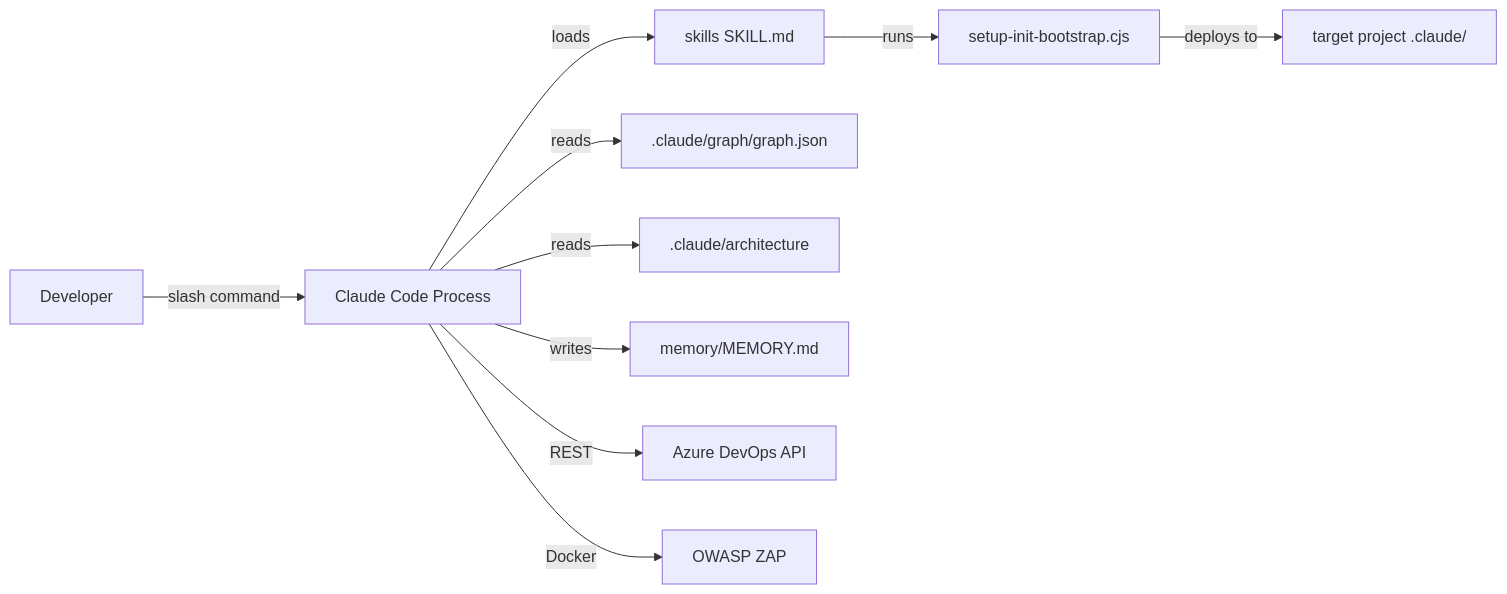
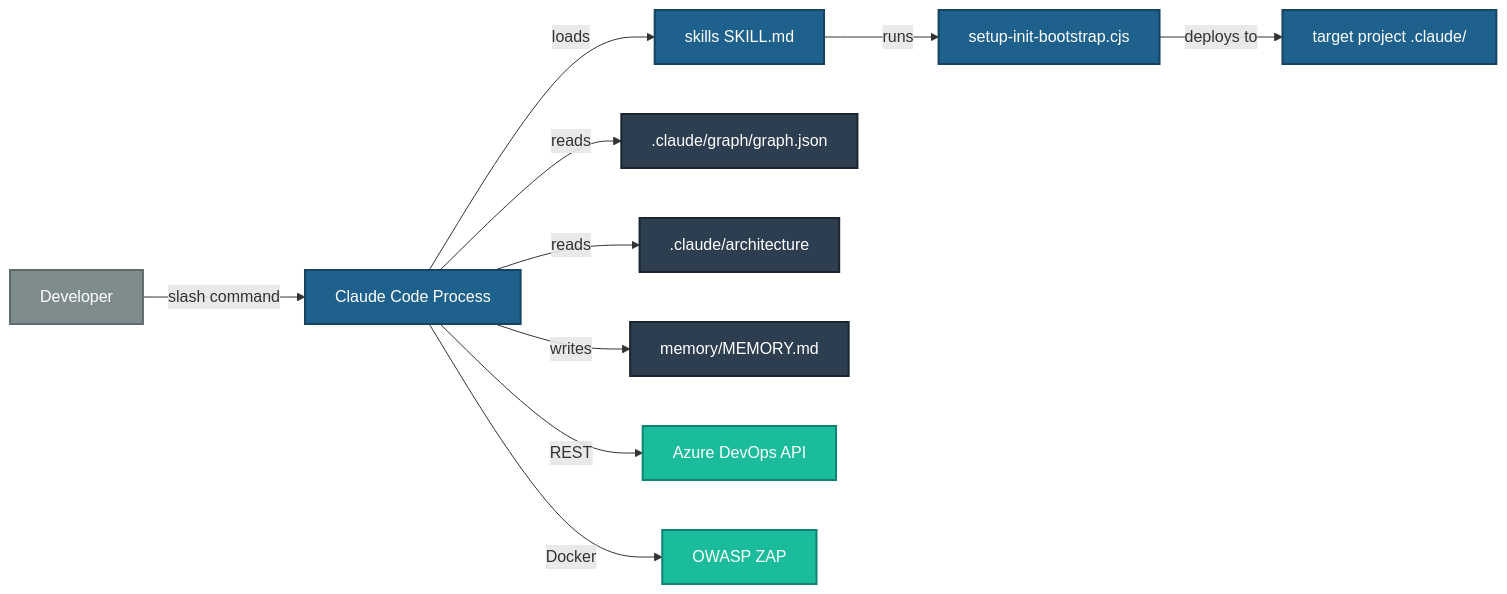
Before and after one commit to vickysrawat/AI-Assisted-development: the first of 2 diagrams in .claude/architecture/architecture.md, drawn with Mermaid. The commit also changed other lines of this file and 114 other files, not shown here.

````diff
--- a/.claude/architecture/architecture.md
+++ b/.claude/architecture/architecture.md
@@ -66,13 +66,23 @@
 ```mermaid
 flowchart LR
     DEV[Developer] -->|slash command| CC[Claude Code Process]
     CC -->|loads| SK[skills SKILL.md]
     CC -->|reads| GRAPH[.claude/graph/graph.json]
     CC -->|reads| ARCH[.claude/architecture]
     CC -->|writes| MEMORY[memory/MEMORY.md]
     CC -->|REST| ADO[Azure DevOps API]
     CC -->|Docker| ZAP[OWASP ZAP]
     SK -->|runs| BOOT[setup-init-bootstrap.cjs]
     BOOT -->|deploys to| TARGET[target project .claude/]
+    style DEV fill:#7F8C8D,color:#ffffff,stroke:#616A6B,stroke-width:2px
+    style CC fill:#1F618D,color:#ffffff,stroke:#154360,stroke-width:2px
+    style SK fill:#1F618D,color:#ffffff,stroke:#154360,stroke-width:2px
+    style GRAPH fill:#2C3E50,color:#ffffff,stroke:#1a252f,stroke-width:2px
+    style ARCH fill:#2C3E50,color:#ffffff,stroke:#1a252f,stroke-width:2px
+    style MEMORY fill:#2C3E50,color:#ffffff,stroke:#1a252f,stroke-width:2px
+    style ADO fill:#1ABC9C,color:#ffffff,stroke:#0E8472,stroke-width:2px
+    style ZAP fill:#1ABC9C,color:#ffffff,stroke:#0E8472,stroke-width:2px
+    style BOOT fill:#1F618D,color:#ffffff,stroke:#154360,stroke-width:2px
+    style TARGET fill:#1F618D,color:#ffffff,stroke:#154360,stroke-width:2px
 
 ```
````
